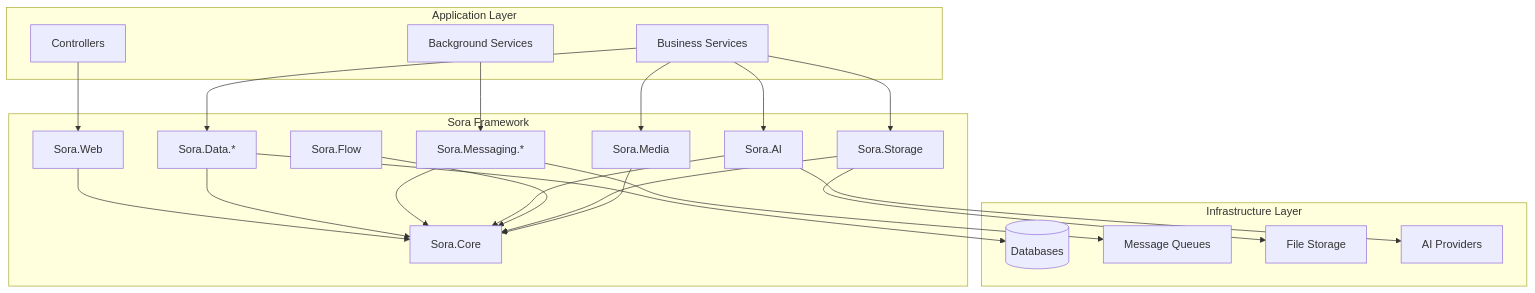
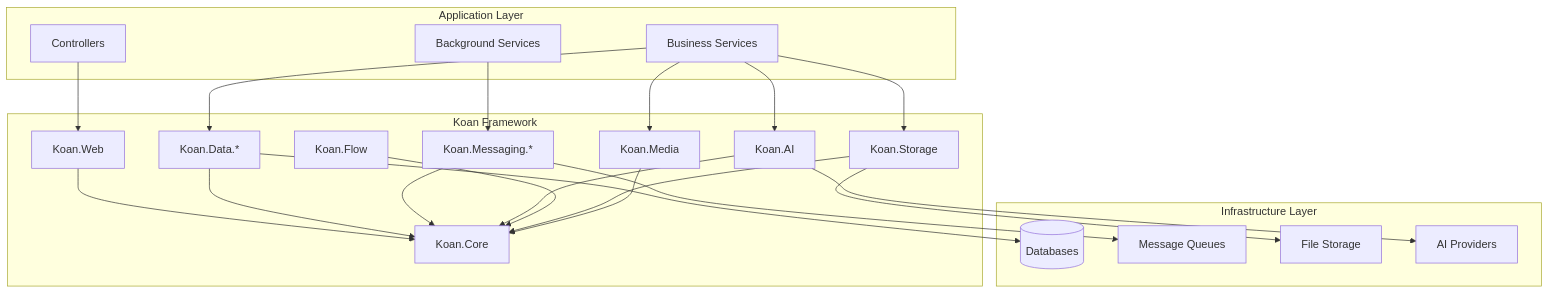
The first of 3 diagrams in docs/reference/architecture/principles.md (sylin-org/koan-framework), drawn with Mermaid before and after one commit. The commit also changed other lines of this file and 2783 other files, not shown here.

First line of the commit message:
feat(core): complete ULID removal and framework modernization

````diff
--- a/docs/reference/architecture/principles.md
+++ b/docs/reference/architecture/principles.md
@@ -46,46 +46,46 @@
 ```mermaid
 graph TB
     subgraph "Application Layer"
         Controllers[Controllers]
         Services[Business Services]
         BackgroundServices[Background Services]
     end
     
-    subgraph "Sora Framework"
-        Core[Sora.Core]
-        Web[Sora.Web]
-        Data[Sora.Data.*]
-        Messaging[Sora.Messaging.*]
-        AI[Sora.AI]
-        Flow[Sora.Flow]
-        Storage[Sora.Storage]
-        Media[Sora.Media]
+    subgraph "Koan Framework"
+        Core[Koan.Core]
+        Web[Koan.Web]
+        Data[Koan.Data.*]
+        Messaging[Koan.Messaging.*]
+        AI[Koan.AI]
+        Flow[Koan.Flow]
+        Storage[Koan.Storage]
+        Media[Koan.Media]
     end
     
     subgraph "Infrastructure Layer"  
         Databases[(Databases)]
         MessageQueues[Message Queues]
         FileStorage[File Storage]
         AIProviders[AI Providers]
     end
     
     Controllers --> Web
     Services --> Data
     Services --> AI
     BackgroundServices --> Messaging
     Services --> Storage
     Services --> Media
     
     Web --> Core
     Data --> Core
     Messaging --> Core
     AI --> Core
     Flow --> Core
     Storage --> Core
     Media --> Core
     
     Data --> Databases
     Messaging --> MessageQueues
     Storage --> FileStorage
     AI --> AIProviders
 ```
````
